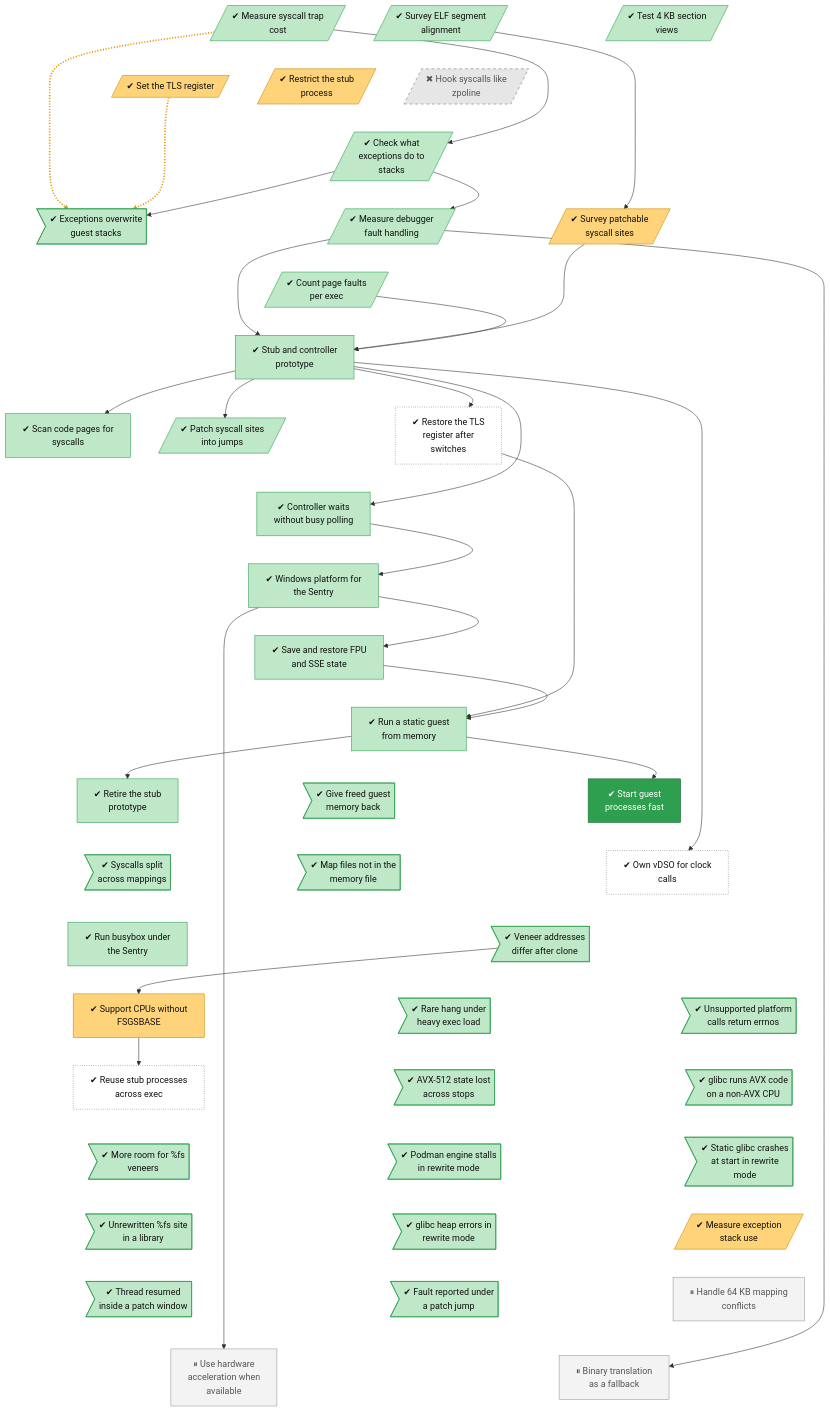
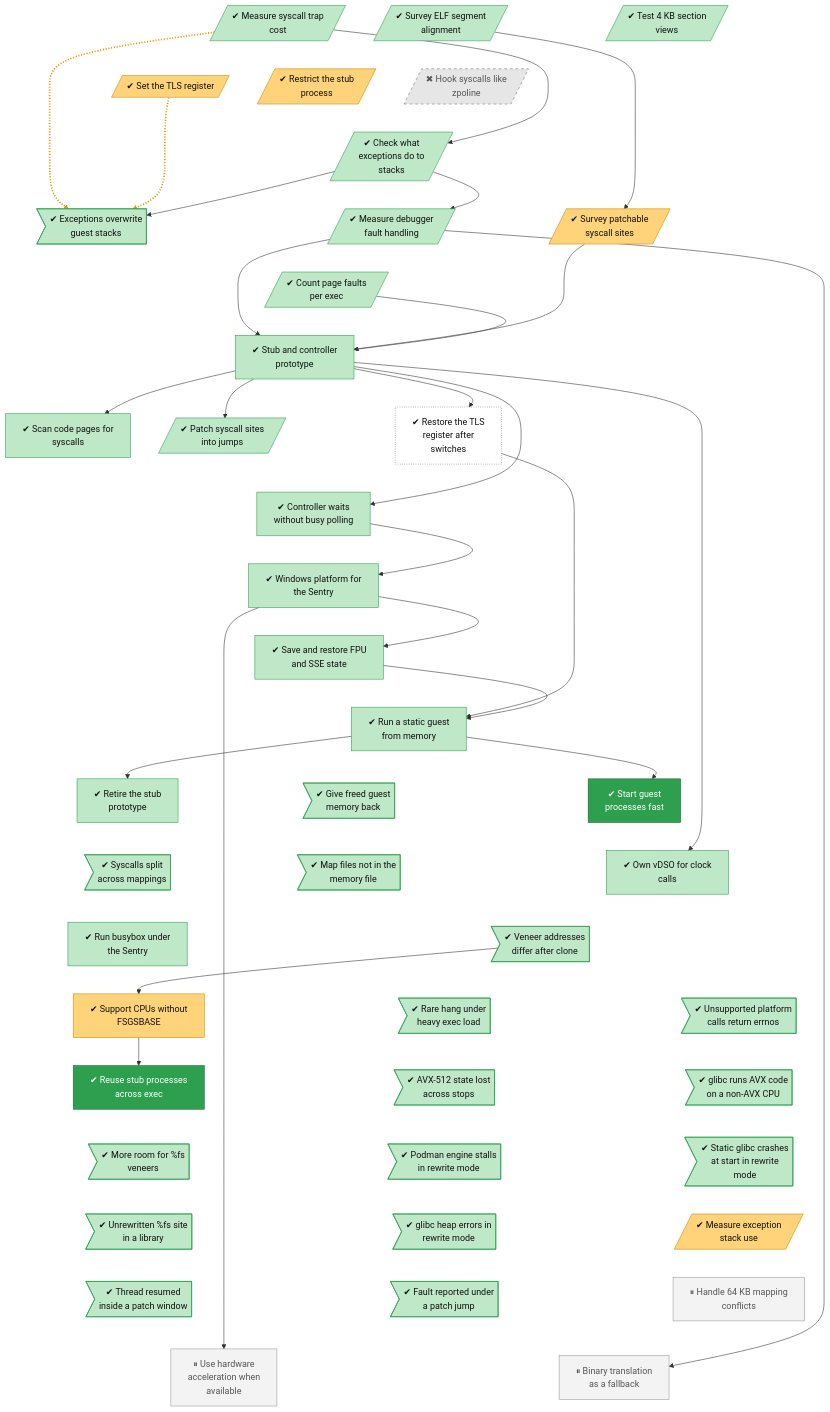
The diagram in docs/roadmap/tracks/platform.md (lhns/gvisor-windows), drawn with Mermaid before and after one commit. The commit also changed other lines of this file and 5 other files, not shown here.

````diff
--- a/docs/roadmap/tracks/platform.md
+++ b/docs/roadmap/tracks/platform.md
@@ -141,10 +141,10 @@
     classDef decided fill:#ece0f7,stroke:#7b3fb5,stroke-dasharray:2 2,color:#111
     classDef finding fill:#ffe0b2,stroke:#d84315,stroke-width:2px,color:#111
     classDef waiting fill:#e3f2fd,stroke:#1f6fc5,stroke-dasharray:5 5,color:#111
-    class platform_elf_alignment_survey,platform_trap_cost,platform_4k_section_views,platform_exception_stack,platform_veh_on_guest_stack_unsafe,platform_debug_event_cost,platform_faults_per_exec,platform_stub_controller,platform_page_verification,platform_syscall_fast_path,platform_controller_wakeups,platform_winstub,platform_fp_state,platform_static_guest_from_memory,platform_retire_prototype,platform_memory_release,platform_split_syscall_unpatched,platform_map_files_without_sections,platform_busybox_on_windows,platform_veneer_address_in_child,platform_rare_hang_under_exec_load,platform_unsupported_errno,platform_avx512_state_lost,platform_avx_on_non_avx_cpu,platform_fs_veneer_capacity,platform_rewrite_mode_slow_engine,platform_rewrite_glibc_init_crash,platform_unrewritten_fs_in_library,platform_rewrite_heap_corruption,platform_resume_inside_fs_window,platform_fault_under_fs_jump succ
+    class platform_elf_alignment_survey,platform_trap_cost,platform_4k_section_views,platform_exception_stack,platform_veh_on_guest_stack_unsafe,platform_debug_event_cost,platform_faults_per_exec,platform_stub_controller,platform_page_verification,platform_syscall_fast_path,platform_controller_wakeups,platform_winstub,platform_fp_state,platform_static_guest_from_memory,platform_retire_prototype,platform_memory_release,platform_split_syscall_unpatched,platform_map_files_without_sections,platform_own_vdso,platform_busybox_on_windows,platform_veneer_address_in_child,platform_rare_hang_under_exec_load,platform_unsupported_errno,platform_avx512_state_lost,platform_avx_on_non_avx_cpu,platform_fs_veneer_capacity,platform_rewrite_mode_slow_engine,platform_rewrite_glibc_init_crash,platform_unrewritten_fs_in_library,platform_rewrite_heap_corruption,platform_resume_inside_fs_window,platform_fault_under_fs_jump succ
     class platform_tls_register,platform_restricted_stub,platform_syscall_site_survey,platform_no_fsgsbase_fallback,platform_exception_dispatch_depth mixed
     class platform_zpoline_hooks dead
-    class platform_fs_base_repair,platform_own_vdso,platform_recycle_stubs unrated
-    class platform_fast_process_start vsucc
+    class platform_fs_base_repair unrated
+    class platform_fast_process_start,platform_recycle_stubs vsucc
     class platform_64k_mapping_conflicts,platform_hardware_acceleration,platform_binary_translation_fallback parked
 ```
````
